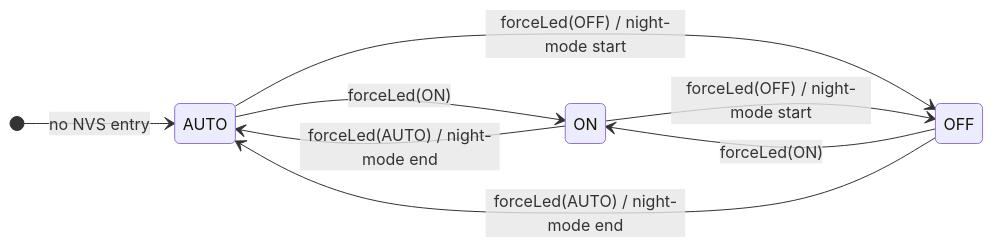
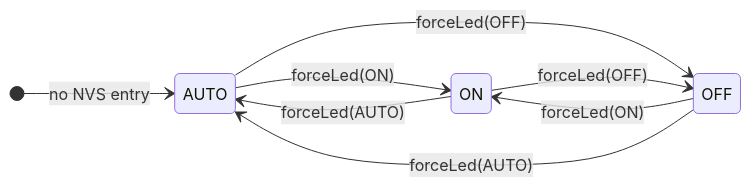
The third of 5 diagrams in components/status_light/README.md (codm/czc-unified), drawn with Mermaid before and after one commit. The commit also changed other lines of this file and 4 other files, not shown here.

Commit message:
fix night mode end bug

````diff
--- a/components/status_light/README.md
+++ b/components/status_light/README.md
@@ -237,11 +246,11 @@
 ```mermaid
 stateDiagram-v2
     direction LR
     [*] --> AUTO : no NVS entry
     AUTO --> ON : forceLed(ON)
-    AUTO --> OFF : forceLed(OFF) / night-mode start
-    ON --> OFF : forceLed(OFF) / night-mode start
+    AUTO --> OFF : forceLed(OFF)
+    ON --> OFF : forceLed(OFF)
     OFF --> ON : forceLed(ON)
-    ON --> AUTO : forceLed(AUTO) / night-mode end
-    OFF --> AUTO : forceLed(AUTO) / night-mode end
+    ON --> AUTO : forceLed(AUTO)
+    OFF --> AUTO : forceLed(AUTO)
 ```
````
